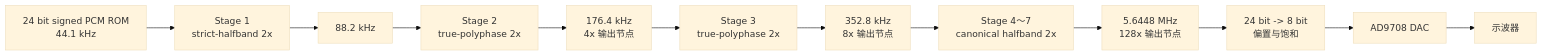
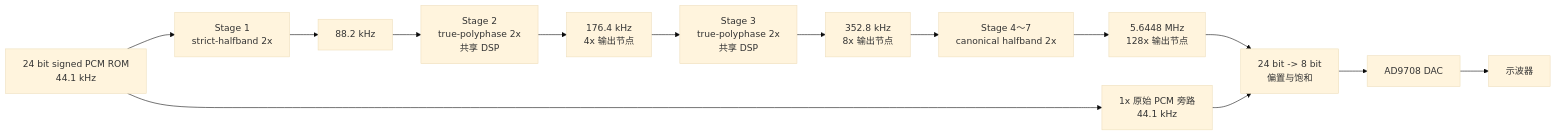
Before and after one commit to adudududua/fir-interpolation-filter-fpga: the first of 3 diagrams in README.md, drawn with Mermaid (base theme). The commit also changed other lines of this file and 22 other files, not shown here.

````diff
--- a/README.md
+++ b/README.md
@@ -86,14 +95,16 @@
 ```mermaid
 flowchart LR
     A["24 bit signed PCM ROM<br/>44.1 kHz"] --> B["Stage 1<br/>strict-halfband 2x"]
+    A --> X["1x 原始 PCM 旁路<br/>44.1 kHz"]
     B --> C["88.2 kHz"]
-    C --> D["Stage 2<br/>true-polyphase 2x"]
+    C --> D["Stage 2<br/>true-polyphase 2x<br/>共享 DSP"]
     D --> E["176.4 kHz<br/>4x 输出节点"]
-    E --> F["Stage 3<br/>true-polyphase 2x"]
+    E --> F["Stage 3<br/>true-polyphase 2x<br/>共享 DSP"]
     F --> G["352.8 kHz<br/>8x 输出节点"]
     G --> H["Stage 4～7<br/>canonical halfband 2x"]
     H --> I["5.6448 MHz<br/>128x 输出节点"]
     I --> J["24 bit -> 8 bit<br/>偏置与饱和"]
+    X --> J
     J --> K["AD9708 DAC"]
     K --> L["示波器"]
 ```
````
